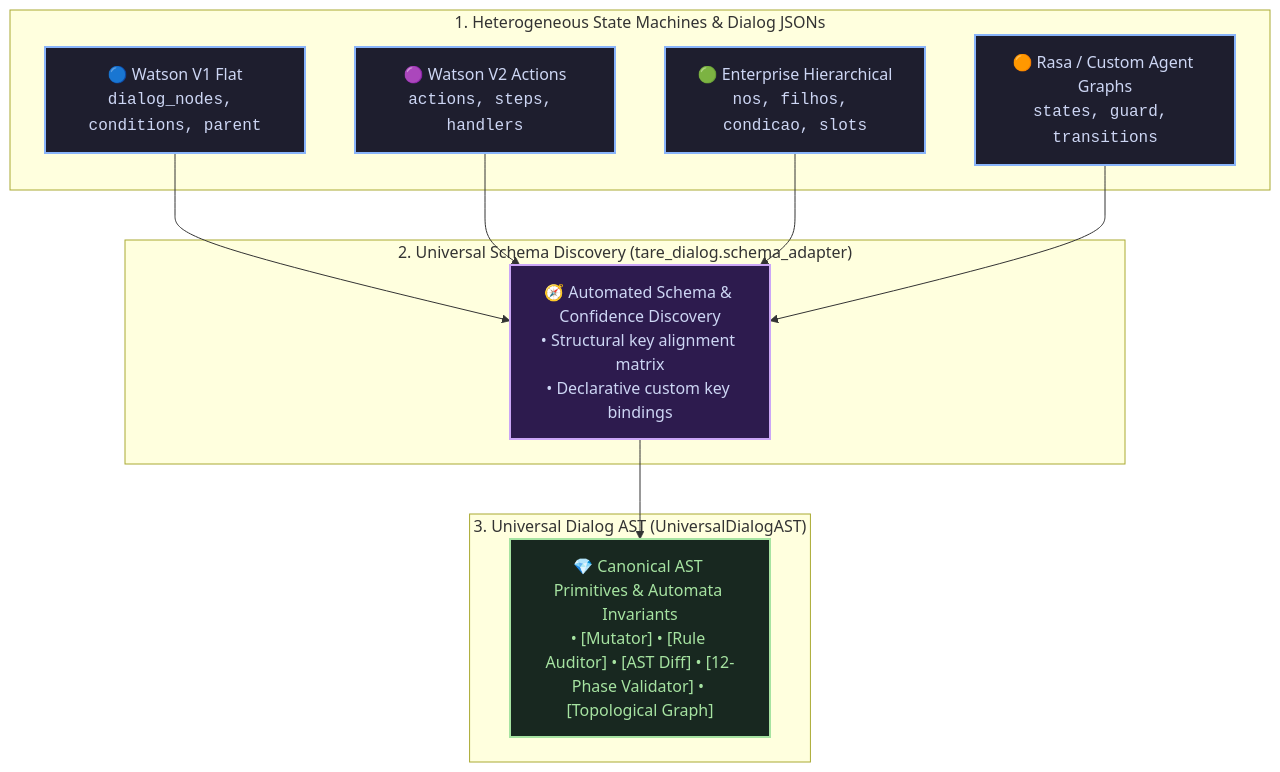
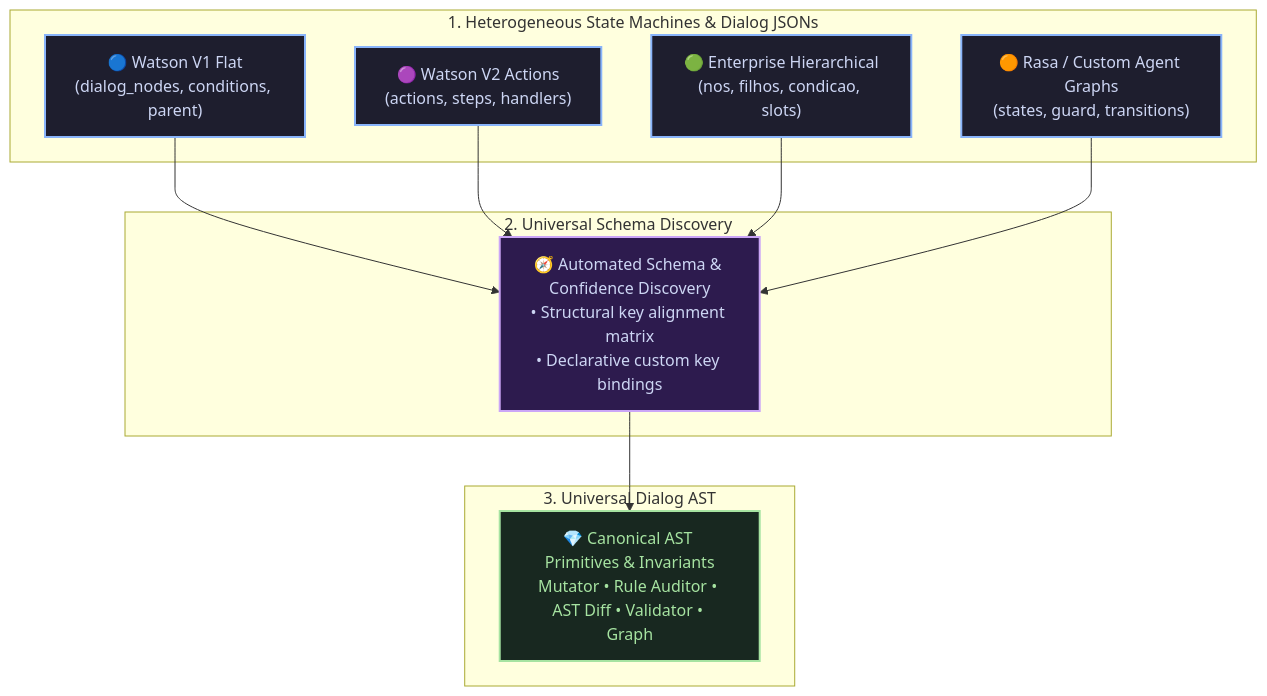
Before and after one commit to augusto-scarvalho/tare.tools.dialog-engine: the first of 3 diagrams in README.md, drawn with Mermaid. The commit also changed other lines of this file, not shown here.

Commit message:
fix(mermaid): sanitize HTML tags for GitHub Mermaid renderer

````diff
--- a/README.md
+++ b/README.md
@@ -62,32 +62,32 @@
 ```mermaid
 flowchart TD
     subgraph Inputs ["1. Heterogeneous State Machines & Dialog JSONs"]
-        W1["🔵 Watson V1 Flat<br><code>dialog_nodes, conditions, parent</code>"]
-        W2["🟣 Watson V2 Actions<br><code>actions, steps, handlers</code>"]
-        Ent["🟢 Enterprise Hierarchical<br><code>nos, filhos, condicao, slots</code>"]
-        Rasa["🟠 Rasa / Custom Agent Graphs<br><code>states, guard, transitions</code>"]
+        W1["🔵 Watson V1 Flat<br/>(dialog_nodes, conditions, parent)"]
+        W2["🟣 Watson V2 Actions<br/>(actions, steps, handlers)"]
+        Ent["🟢 Enterprise Hierarchical<br/>(nos, filhos, condicao, slots)"]
+        Rasa["🟠 Rasa / Custom Agent Graphs<br/>(states, guard, transitions)"]
     end
 
-    subgraph Adapter ["2. Universal Schema Discovery (tare_dialog.schema_adapter)"]
-        Discovery["🧭 Automated Schema & Confidence Discovery<br>• Structural key alignment matrix<br>• Declarative custom key bindings"]
+    subgraph Adapter ["2. Universal Schema Discovery"]
+        Discovery["🧭 Automated Schema & Confidence Discovery<br/>• Structural key alignment matrix<br/>• Declarative custom key bindings"]
     end
 
-    subgraph CoreAST ["3. Universal Dialog AST (UniversalDialogAST)"]
-        AST["💎 Canonical AST Primitives & Automata Invariants<br>• [Mutator] • [Rule Auditor] • [AST Diff] • [12-Phase Validator] • [Topological Graph]"]
+    subgraph CoreAST ["3. Universal Dialog AST"]
+        AST["💎 Canonical AST Primitives & Invariants<br/>Mutator • Rule Auditor • AST Diff • Validator • Graph"]
     end
 
     W1 --> Discovery
     W2 --> Discovery
     Ent --> Discovery
     Rasa --> Discovery
 
     Discovery --> AST
 
     classDef inStyle fill:#1e1e2e,stroke:#89b4fa,stroke-width:2px,color:#cdd6f4;
     classDef adStyle fill:#2d1b4e,stroke:#cba6f7,stroke-width:2px,color:#cdd6f4;
     classDef astStyle fill:#182820,stroke:#a6e3a1,stroke-width:2px,color:#a6e3a1;
 
     class W1,W2,Ent,Rasa inStyle;
     class Discovery adStyle;
     class AST astStyle;
 ```
````
